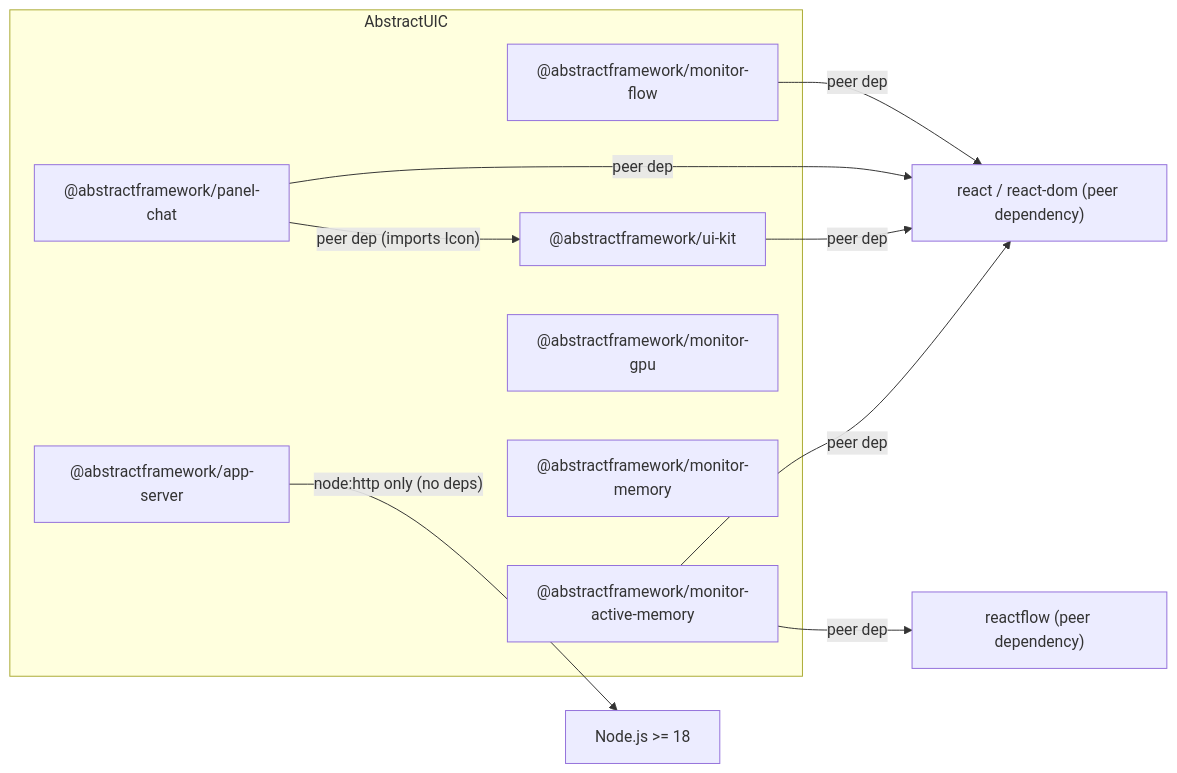
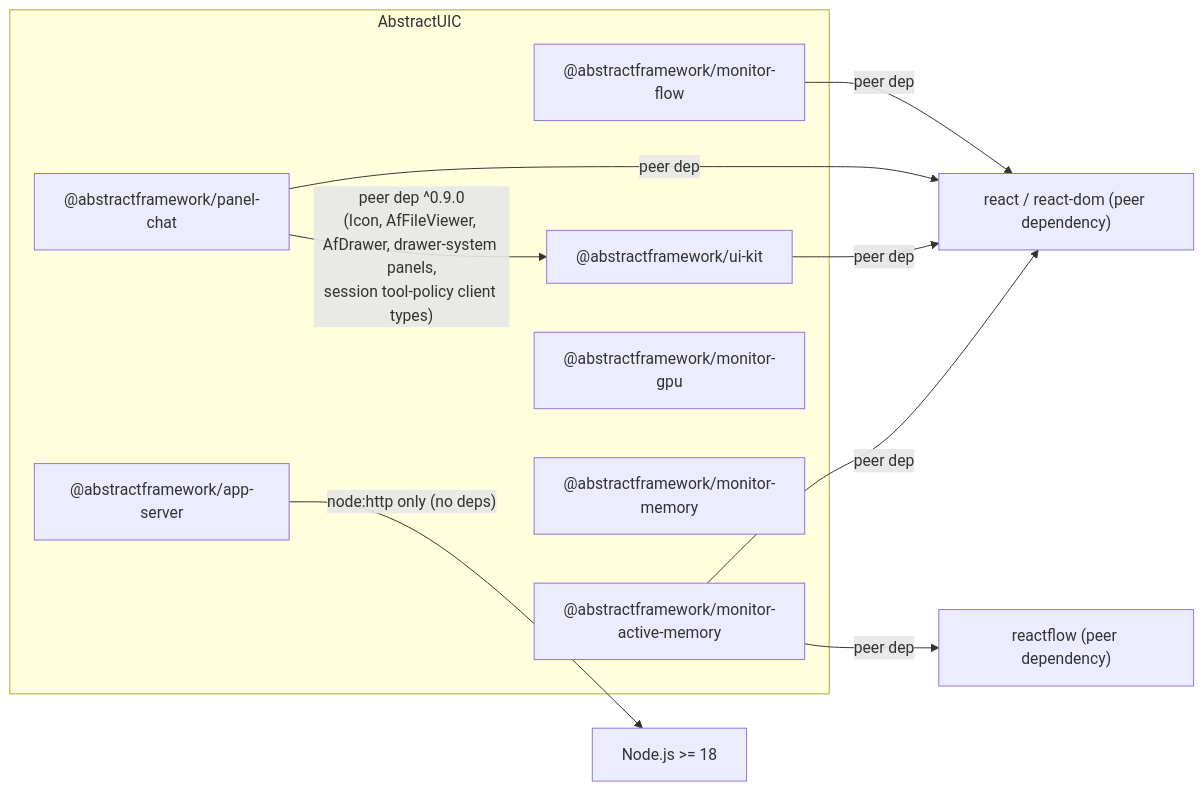
Before and after one commit to lpalbou/AbstractUIC: the second of 12 diagrams in docs/architecture.md, drawn with Mermaid. The commit also changed other lines of this file, not shown here.

````diff
--- a/docs/architecture.md
+++ b/docs/architecture.md
@@ -73,20 +73,20 @@
 ```mermaid
 flowchart LR
   subgraph AbstractUIC
     UIKIT["@abstractframework/ui-kit"]
     CHAT["@abstractframework/panel-chat"]
     APPSRV["@abstractframework/app-server"]
     FLOW["@abstractframework/monitor-flow"]
     AMX["@abstractframework/monitor-active-memory"]
     GPU["@abstractframework/monitor-gpu"]
     MEM["@abstractframework/monitor-memory"]
   end
 
-  CHAT -->|"peer dep (imports Icon)"| UIKIT
+  CHAT -->|"peer dep ^0.9.0<br/>(Icon, AfFileViewer, AfDrawer, drawer-system panels,<br/>session tool-policy client types)"| UIKIT
   AMX -->|"peer dep"| ReactFlow["reactflow (peer dependency)"]
   FLOW -->|"peer dep"| React["react / react-dom (peer dependency)"]
   CHAT -->|"peer dep"| React
   UIKIT -->|"peer dep"| React
   AMX -->|"peer dep"| React
   APPSRV -->|"node:http only (no deps)"| Node["Node.js >= 18"]
 ```
````
